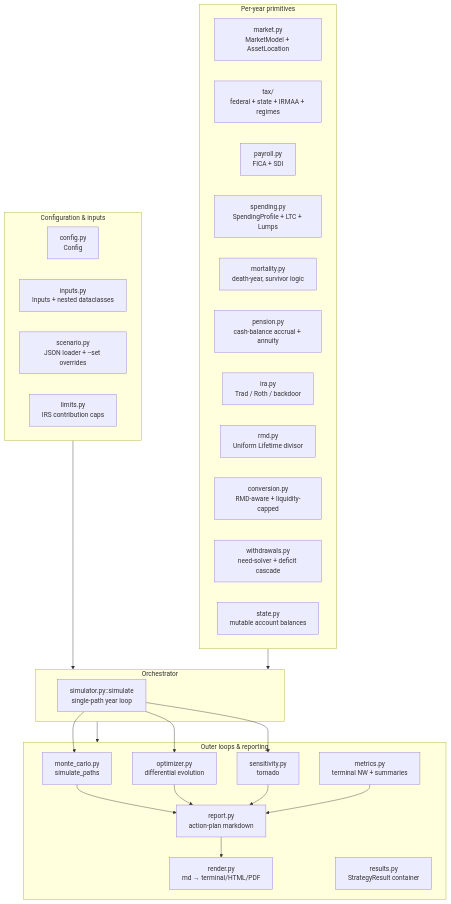
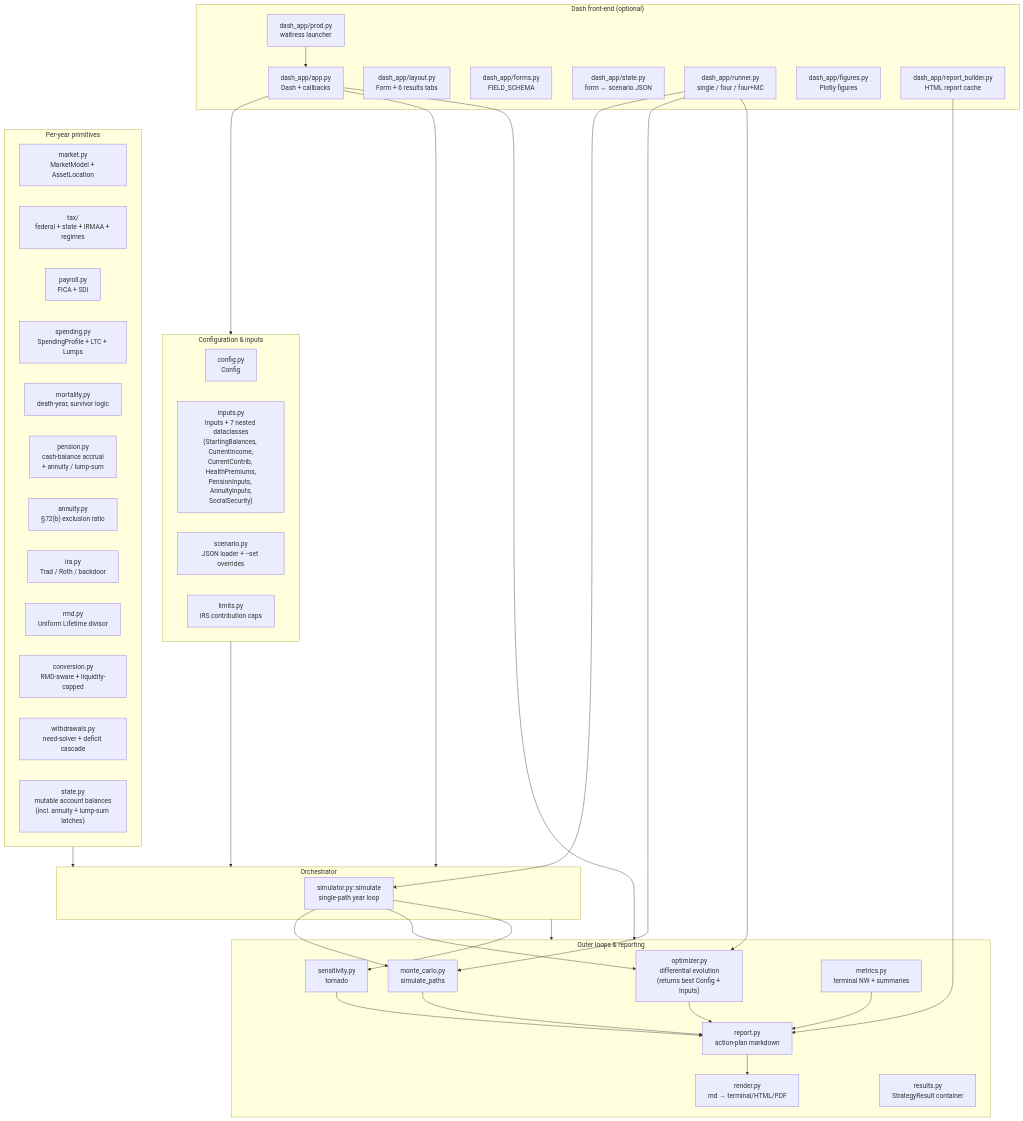
Before and after one commit to yepuv1/Tax_Optimizer: the first of 13 diagrams in docs/architecture.md, drawn with Mermaid. The commit also changed other lines of this file and 10 other files, not shown here.

First line of the commit message:
feat: add production-grade Dash launcher for tax-optimizer-app

````diff
--- a/docs/architecture.md
+++ b/docs/architecture.md
@@ -19,49 +45,70 @@
 ```mermaid
 flowchart TD
     subgraph CONFIG ["Configuration & inputs"]
         Config[config.py<br/>Config]
-        Inputs[inputs.py<br/>Inputs + nested dataclasses]
+        Inputs["inputs.py<br/>Inputs + 7 nested dataclasses<br/>(StartingBalances, CurrentIncome,<br/>CurrentContrib, HealthPremiums,<br/>PensionInputs, AnnuityInputs,<br/>SocialSecurity)"]
         Scenario[scenario.py<br/>JSON loader + --set overrides]
         Limits[limits.py<br/>IRS contribution caps]
     end
 
     subgraph ENGINE ["Per-year primitives"]
         Market[market.py<br/>MarketModel + AssetLocation]
-        Tax[tax/<br/>federal + state + IRMAA + regimes]
+        Tax["tax/<br/>federal + state + IRMAA + regimes"]
         Payroll[payroll.py<br/>FICA + SDI]
         Spending[spending.py<br/>SpendingProfile + LTC + Lumps]
         Mortality[mortality.py<br/>death-year, survivor logic]
-        Pension[pension.py<br/>cash-balance accrual + annuity]
+        Pension["pension.py<br/>cash-balance accrual<br/>+ annuity / lump-sum"]
+        Annuity["annuity.py<br/>§72(b) exclusion ratio"]
         Ira[ira.py<br/>Trad / Roth / backdoor]
         Rmd[rmd.py<br/>Uniform Lifetime divisor]
         Conv[conversion.py<br/>RMD-aware + liquidity-capped]
         Withdraw[withdrawals.py<br/>need-solver + deficit cascade]
-        State[state.py<br/>mutable account balances]
+        State["state.py<br/>mutable account balances<br/>(incl. annuity + lump-sum latches)"]
     end
 
     subgraph SIM ["Orchestrator"]
         Simulator["simulator.py::simulate<br/>single-path year loop"]
     end
 
     subgraph OUTER ["Outer loops & reporting"]
         MC[monte_carlo.py<br/>simulate_paths]
-        Opt[optimizer.py<br/>differential evolution]
+        Opt["optimizer.py<br/>differential evolution<br/>(returns best Config + Inputs)"]
         Sens[sensitivity.py<br/>tornado]
         Metrics[metrics.py<br/>terminal NW + summaries]
         Report[report.py<br/>action-plan markdown]
         Render["render.py<br/>md → terminal/HTML/PDF"]
         Results[results.py<br/>StrategyResult container]
+    end
+
+    subgraph DASH ["Dash front-end (optional)"]
+        DApp["dash_app/app.py<br/>Dash + callbacks"]
+        DLayout[dash_app/layout.py<br/>Form + 6 results tabs]
+        DForms[dash_app/forms.py<br/>FIELD_SCHEMA]
+        DState[dash_app/state.py<br/>form ↔ scenario JSON]
+        DRunner[dash_app/runner.py<br/>single / four / four+MC]
+        DFigs[dash_app/figures.py<br/>Plotly figures]
+        DReport[dash_app/report_builder.py<br/>HTML report cache]
+        DProd[dash_app/prod.py<br/>waitress launcher]
     end
 
     CONFIG --> SIM
     ENGINE --> SIM
     SIM --> OUTER
     Simulator --> MC
     Simulator --> Opt
     Simulator --> Sens
     MC --> Report
     Opt --> Report
     Sens --> Report
     Metrics --> Report
     Report --> Render
+
+    DApp --> CONFIG
+    DApp --> SIM
+    DApp --> OUTER
+    DRunner --> Simulator
+    DRunner --> MC
+    DRunner --> Opt
+    DReport --> Report
+    DProd --> DApp
 ```
````
